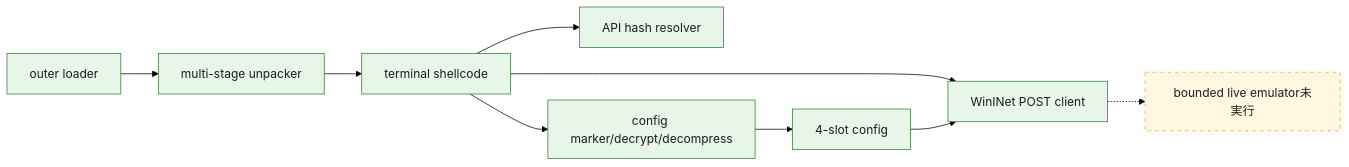
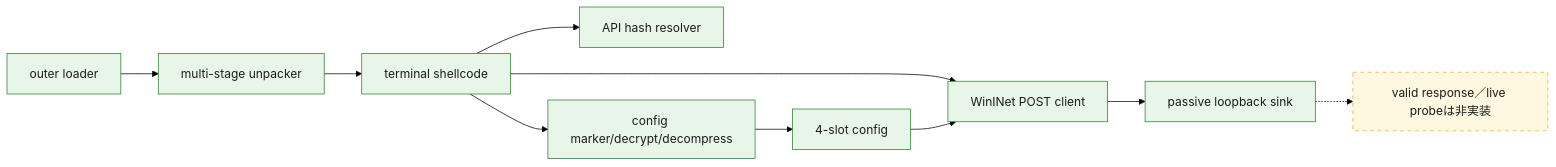
One commit to proshiba/AI-security-analysis changed the third of 3 diagrams in analysis-results/malware/valleyrat/versions/unknown/cases/4972c57c77b67c080fca0e1f97e650894f7b60fb50d049ae9f43d83759fad701/OVERALL-LOGIC.md. Above: the diagram before and after it, drawn with Mermaid (forest theme). The commit also changed other lines of this file and 153 other files, not shown here.

````diff
--- a/analysis-results/malware/valleyrat/versions/unknown/cases/4972c57c77b67c080fca0e1f97e650894f7b60fb50d049ae9f43d83759fad701/OVERALL-LOGIC.md
+++ b/analysis-results/malware/valleyrat/versions/unknown/cases/4972c57c77b67c080fca0e1f97e650894f7b60fb50d049ae9f43d83759fad701/OVERALL-LOGIC.md
@@ -50,15 +50,16 @@
 ```mermaid
 flowchart LR
   m01["outer loader"] --> m02["multi-stage unpacker"]
   m02 --> m03["terminal shellcode"]
   m03 --> m04["API hash resolver"]
   m03 --> m05["config marker/decrypt/decompress"]
   m03 --> m06["WinINet POST client"]
   m05 --> m07["4-slot config"]
   m07 --> m06
-  m06 -.-> m08["bounded live emulator未実行"]
-  class m01,m02,m03,m04,m05,m06,m07 confirmed
-  class m08 unresolved
+  m06 --> m08["passive loopback sink"]
+  m08 -.-> m09["valid response／live probeは非実装"]
+  class m01,m02,m03,m04,m05,m06,m07,m08 confirmed
+  class m09 unresolved
   classDef confirmed fill:#e8f5e9,stroke:#2e7d32,color:#1b1b1b
   classDef unresolved fill:#fff8e1,stroke:#f9a825,color:#1b1b1b,stroke-dasharray:5 5
 ```
````
